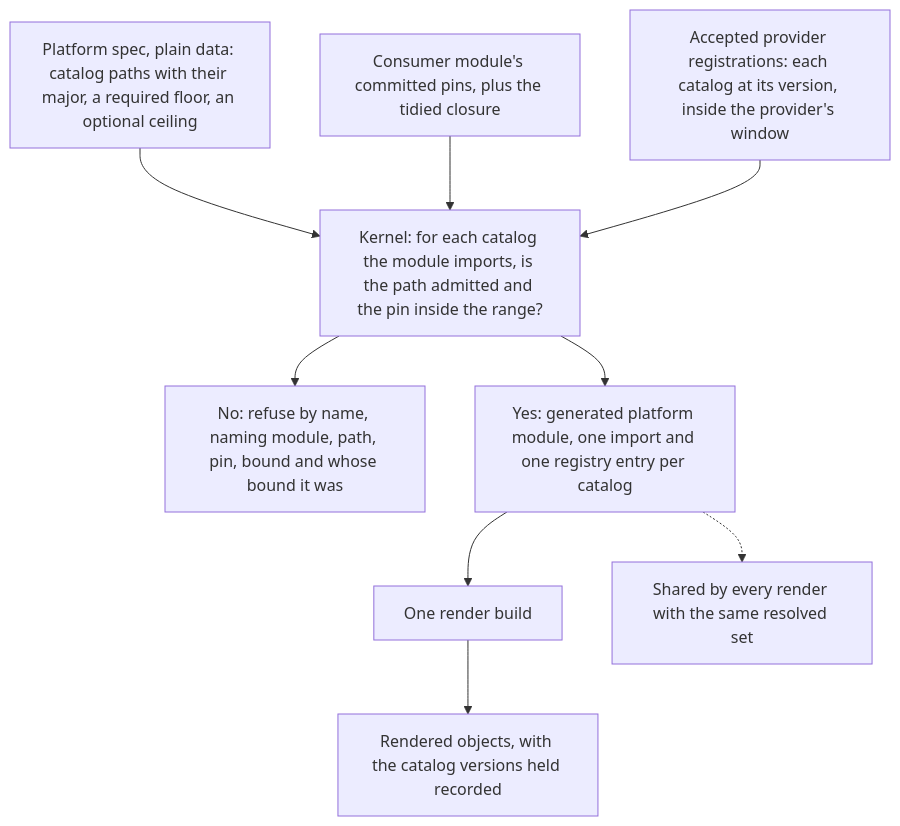
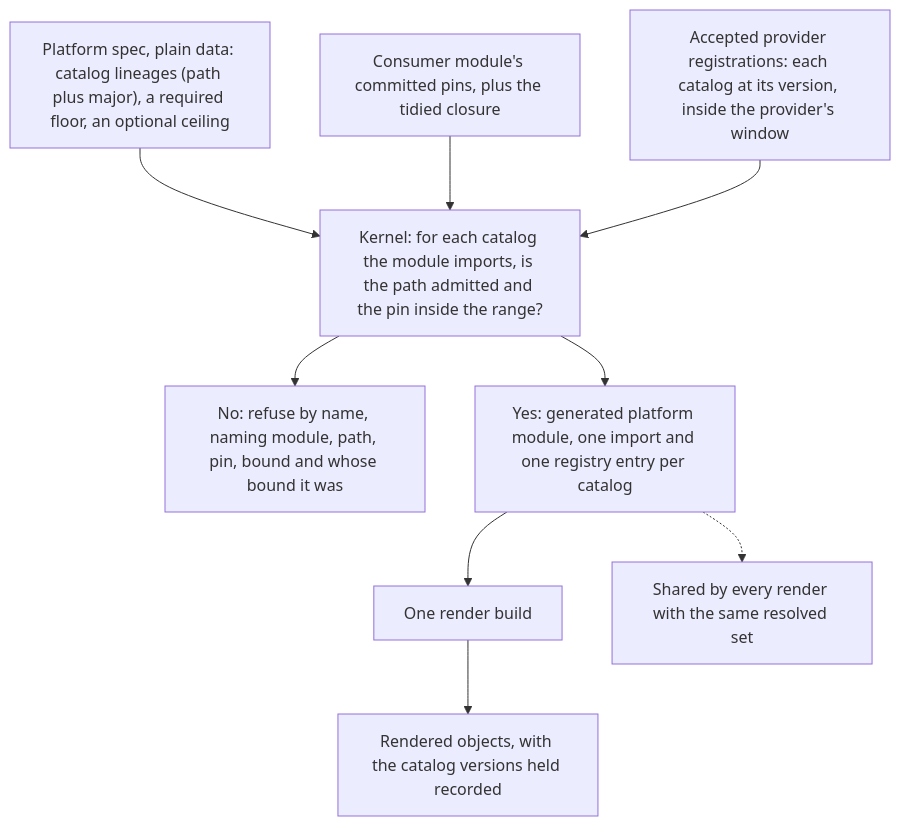
The diagram in 0026/README.md (open-platform-model/enhancements), drawn with Mermaid before and after one commit. The commit also changed other lines of this file and 16 other files, not shown here.

````diff
--- a/0026/README.md
+++ b/0026/README.md
@@ -23,11 +23,11 @@
 ```mermaid
 flowchart TD
-    spec["Platform spec, plain data: catalog paths with their major, a required floor, an optional ceiling"] --> kernel
+    spec["Platform spec, plain data: catalog lineages (path plus major), a required floor, an optional ceiling"] --> kernel
     pins["Consumer module's committed pins, plus the tidied closure"] --> kernel
     reg["Accepted provider registrations: each catalog at its version, inside the provider's window"] --> kernel
     kernel["Kernel: for each catalog the module imports, is the path admitted and the pin inside the range?"] --> refuse["No: refuse by name, naming module, path, pin, bound and whose bound it was"]
     kernel --> gen["Yes: generated platform module, one import and one registry entry per catalog"]
     gen --> build["One render build"]
     build --> rendered["Rendered objects, with the catalog versions held recorded"]
     gen -.-> share["Shared by every render with the same resolved set"]
 ```
````
